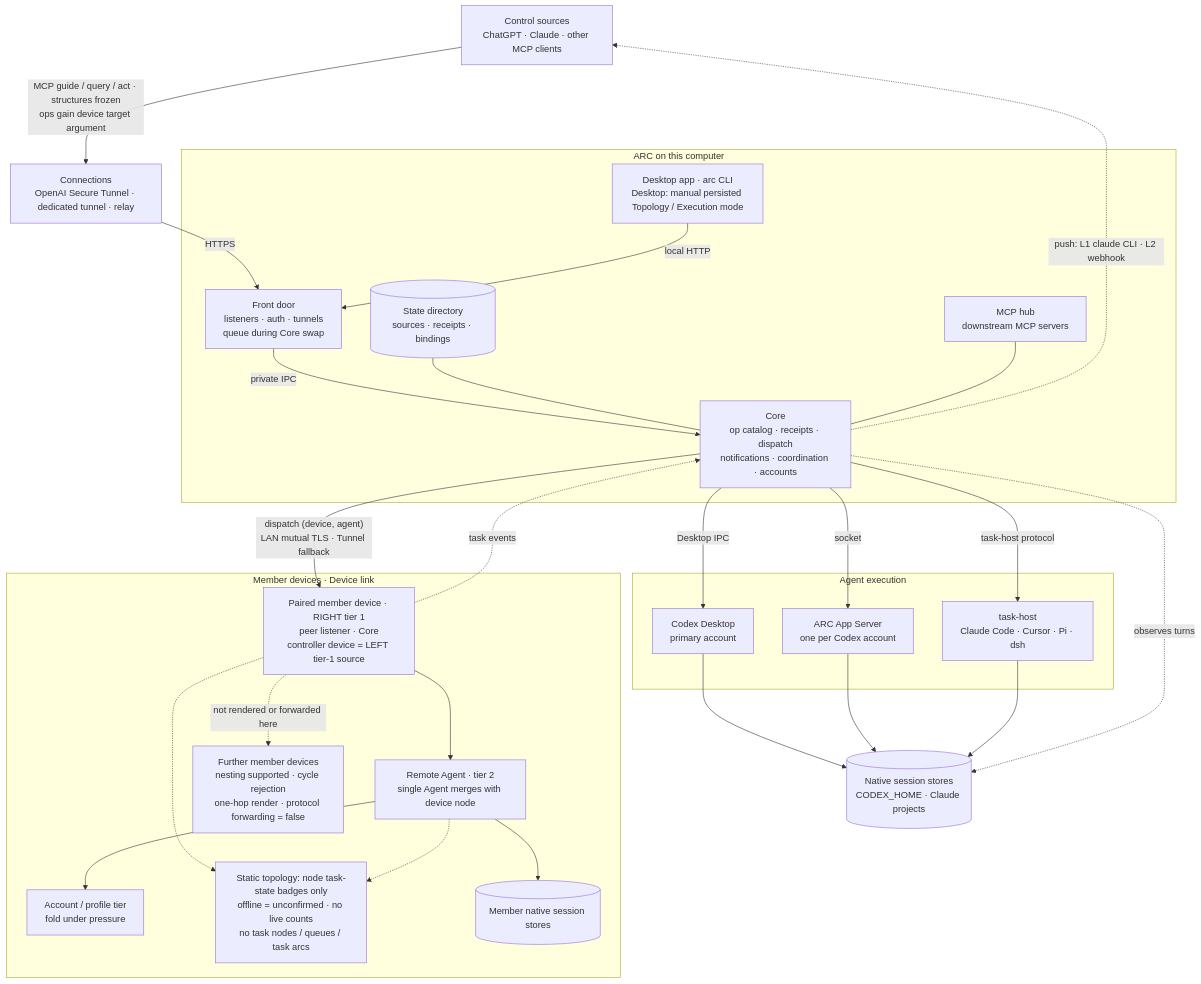
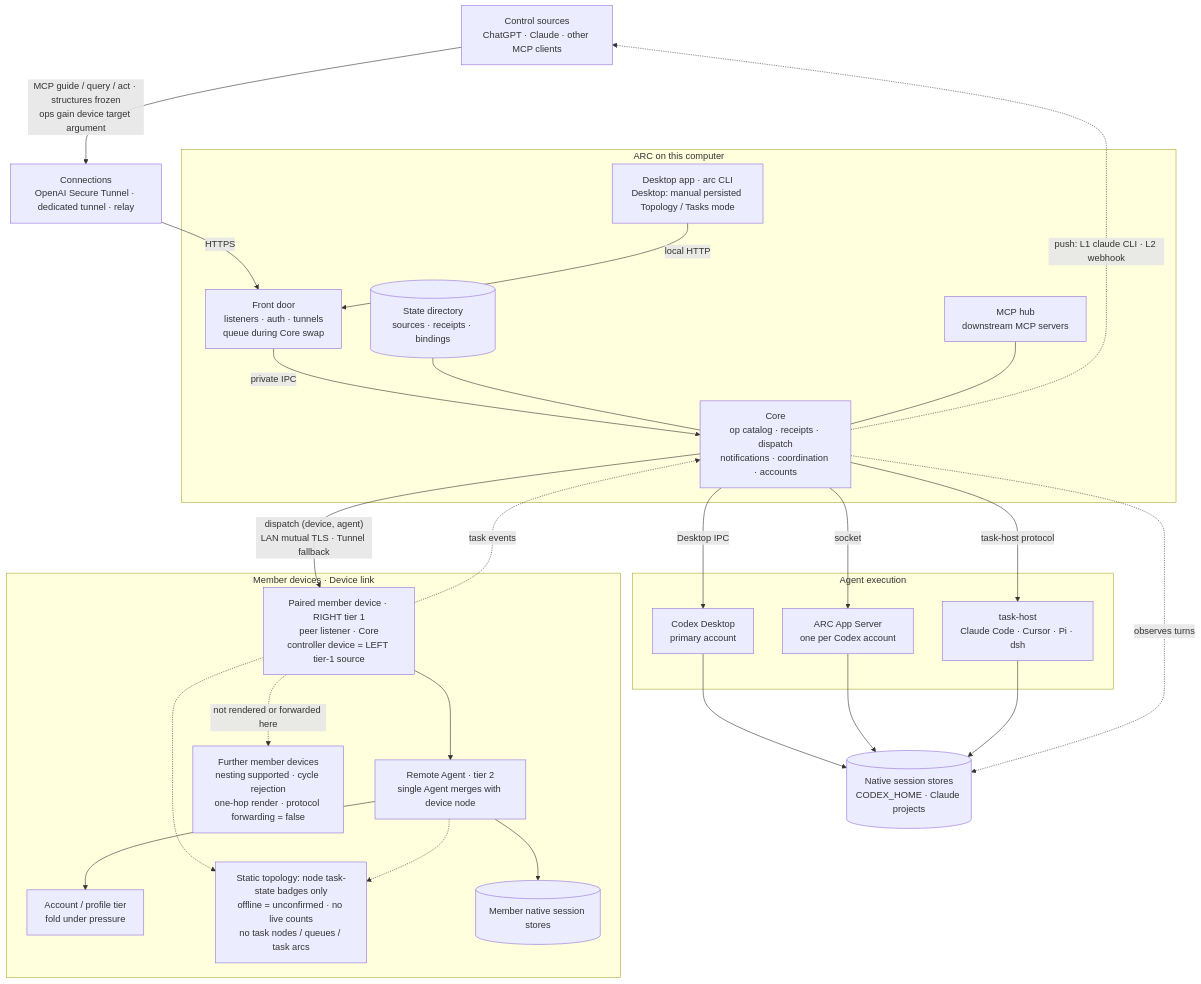
One commit to whzxc/agent-remote-control changed the diagram in arch/system-map.mmd. Above: the diagram before and after it, drawn with Mermaid. The commit also changed 19 other files, not shown here.

Commit message:
docs(design): rename Tasks mode and propose node task pills

```diff
--- a/arch/system-map.mmd
+++ b/arch/system-map.mmd
@@ -1,49 +1,49 @@
 %% ARC system map (layer 0): processes, external parties and how they connect.
 %% Index and code mapping: docs/dev/arch-assets.md
 flowchart TB
   src["Control sources<br/>ChatGPT · Claude · other MCP clients"]
   net["Connections<br/>OpenAI Secure Tunnel · dedicated tunnel · relay"]
   subgraph HOST["ARC on this computer"]
-    local["Desktop app · arc CLI<br/>Desktop: manual persisted Topology / Execution mode"]
+    local["Desktop app · arc CLI<br/>Desktop: manual persisted Topology / Tasks mode"]
     fd["Front door<br/>listeners · auth · tunnels<br/>queue during Core swap"]
     state[("State directory<br/>sources · receipts · bindings")]
     hub["MCP hub<br/>downstream MCP servers"]
     core["Core<br/>op catalog · receipts · dispatch<br/>notifications · coordination · accounts"]
   end
   subgraph EXEC["Agent execution"]
     codexd["Codex Desktop<br/>primary account"]
     appsrv["ARC App Server<br/>one per Codex account"]
     taskhost["task-host<br/>Claude Code · Cursor · Pi · dsh"]
   end
   native[("Native session stores<br/>CODEX_HOME · Claude projects")]
   subgraph MEMBERS["Member devices · Device link"]
     member["Paired member device · RIGHT tier 1<br/>peer listener · Core<br/>controller device = LEFT tier-1 source"]
     magent["Remote Agent · tier 2<br/>single Agent merges with device node"]
     maccount["Account / profile tier<br/>fold under pressure"]
     mstates["Static topology: node task-state badges only<br/>offline = unconfirmed · no live counts<br/>no task nodes / queues / task arcs"]
     mnative[("Member native session stores")]
     descendant["Further member devices<br/>nesting supported · cycle rejection<br/>one-hop render · protocol forwarding = false"]
   end
   src -->|"MCP guide / query / act · structures frozen<br/>ops gain device target argument"| net
   net -->|"HTTPS"| fd
   local -->|"local HTTP"| fd
   fd -->|"private IPC"| core
   state --- core
   hub --- core
   core -->|"Desktop IPC"| codexd
   core -->|"socket"| appsrv
   core -->|"task-host protocol"| taskhost
   codexd --> native
   appsrv --> native
   taskhost --> native
   core -.->|"observes turns"| native
   core -.->|"push: L1 claude CLI · L2 webhook"| src
   core -->|"dispatch (device, agent)<br/>LAN mutual TLS · Tunnel fallback"| member
   member -.->|"task events"| core
   member --> magent --> maccount
   member -.-> mstates
   magent -.-> mstates
   magent --> mnative
   member -.->|"not rendered or forwarded here"| descendant
   class hub experimental
   class member,magent,maccount,mstates,descendant experimental
```
